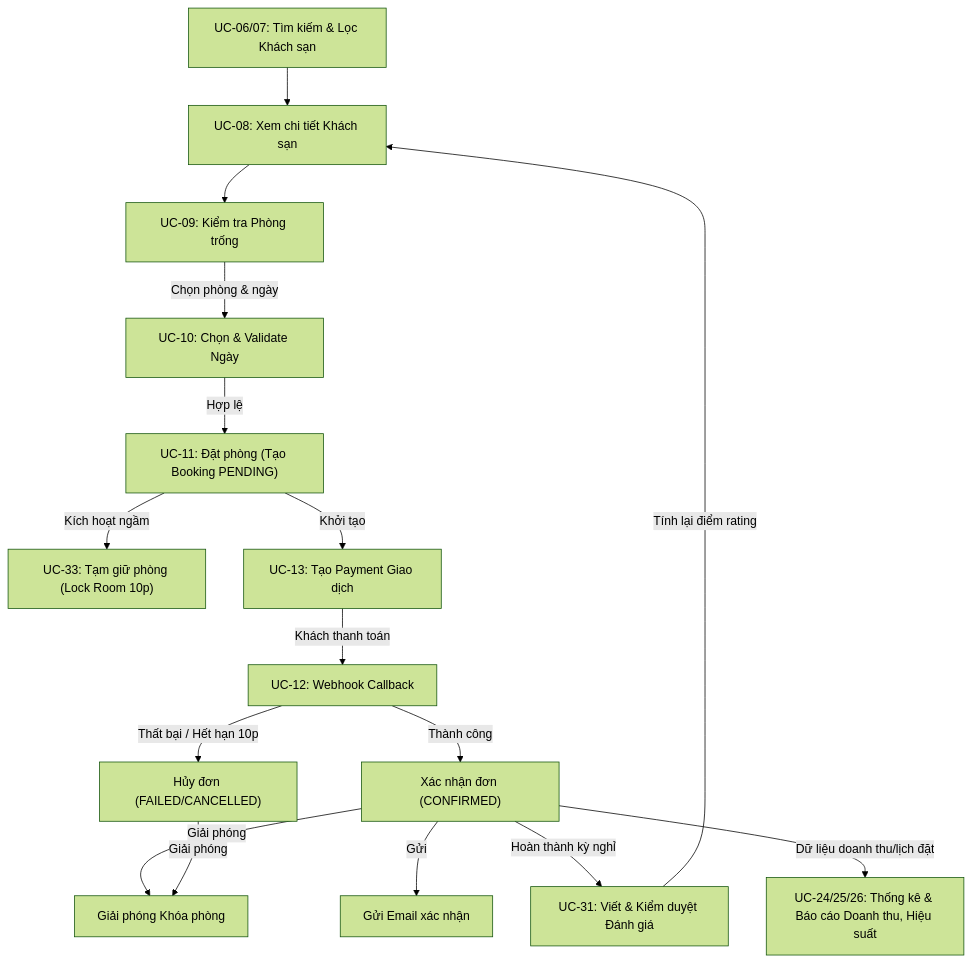
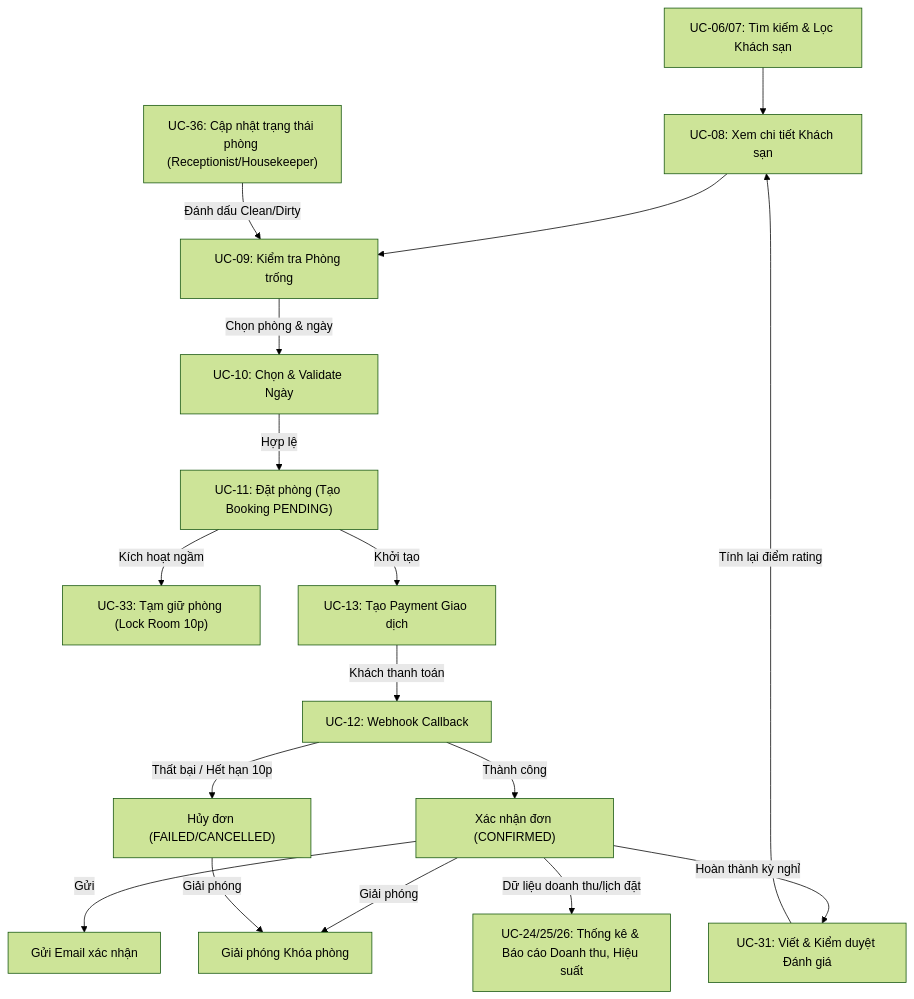
The diagram in docs/specs/feature_integration_guide.md (Minmin1426/hotel-booking-system), drawn with Mermaid (forest theme) before and after one commit. The commit also changed other lines of this file and 43 other files, not shown here.

````diff
--- a/docs/specs/feature_integration_guide.md
+++ b/docs/specs/feature_integration_guide.md
@@ -15,30 +15,33 @@
 ```mermaid
 graph TD
     %% Phân hệ Khám phá
     Search["UC-06/07: Tìm kiếm & Lọc Khách sạn"] --> Detail["UC-08: Xem chi tiết Khách sạn"]
     Detail --> Availability["UC-09: Kiểm tra Phòng trống"]
+
+    %% Cập nhật dọn dẹp phòng từ nhân viên
+    StaffUpdate["UC-36: Cập nhật trạng thái phòng (Receptionist/Housekeeper)"] -->|Đánh dấu Clean/Dirty| Availability
 
     %% Phân hệ Đặt phòng & Khóa phòng
     Availability -->|Chọn phòng & ngày| CheckDates["UC-10: Chọn & Validate Ngày"]
     CheckDates -->|Hợp lệ| CreateBooking["UC-11: Đặt phòng (Tạo Booking PENDING)"]
     CreateBooking -->|Kích hoạt ngầm| RoomLock["UC-33: Tạm giữ phòng (Lock Room 10p)"]
 
     %% Phân hệ Thanh toán
     CreateBooking -->|Khởi tạo| CreatePayment["UC-13: Tạo Payment Giao dịch"]
     CreatePayment -->|Khách thanh toán| Webhook["UC-12: Webhook Callback"]
     
     %% Quyết định thanh toán
     Webhook -->|Thành công| ConfirmBooking["Xác nhận đơn (CONFIRMED)"]
     ConfirmBooking -->|Giải phóng| ReleaseLock["Giải phóng Khóa phòng"]
     ConfirmBooking -->|Gửi| SendEmail["Gửi Email xác nhận"]
     
     Webhook -->|Thất bại / Hết hạn 10p| FailBooking["Hủy đơn (FAILED/CANCELLED)"]
     FailBooking -->|Giải phóng| ReleaseLock
     
     %% Vòng lặp phản hồi
     ConfirmBooking -->|Hoàn thành kỳ nghỉ| WriteReview["UC-31: Viết & Kiểm duyệt Đánh giá"]
     WriteReview -->|Tính lại điểm rating| Detail
 
     %% Phân hệ Báo cáo
     ConfirmBooking -->|Dữ liệu doanh thu/lịch đặt| Reports["UC-24/25/26: Thống kê & Báo cáo Doanh thu, Hiệu suất"]
 ```
````
